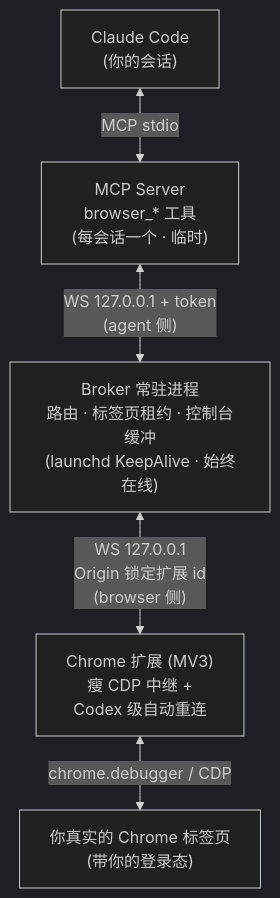
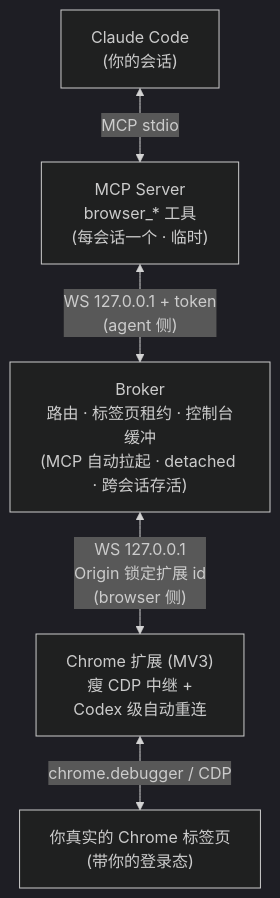
Before and after one commit to michael-ltm/browpilot-src: the first of 2 diagrams in README.md, drawn with Mermaid (dark theme). The commit also changed other lines of this file and 1 other file, not shown here.

````diff
--- a/README.md
+++ b/README.md
@@ -33,7 +33,7 @@
 ```mermaid
 flowchart TD
     CC["Claude Code<br/>(你的会话)"] <-->|"MCP stdio"| MCP["MCP Server<br/>browser_* 工具<br/>(每会话一个 · 临时)"]
-    MCP <-->|"WS 127.0.0.1 + token<br/>(agent 侧)"| BROKER["Broker 常驻进程<br/>路由 · 标签页租约 · 控制台缓冲<br/>(launchd KeepAlive · 始终在线)"]
+    MCP <-->|"WS 127.0.0.1 + token<br/>(agent 侧)"| BROKER["Broker<br/>路由 · 标签页租约 · 控制台缓冲<br/>(MCP 自动拉起 · detached · 跨会话存活)"]
     BROKER <-->|"WS 127.0.0.1<br/>Origin 锁定扩展 id<br/>(browser 侧)"| EXT["Chrome 扩展 (MV3)<br/>瘦 CDP 中继 +<br/>Codex 级自动重连"]
     EXT <-->|"chrome.debugger / CDP"| TABS["你真实的 Chrome 标签页<br/>(带你的登录态)"]
 ```
````
